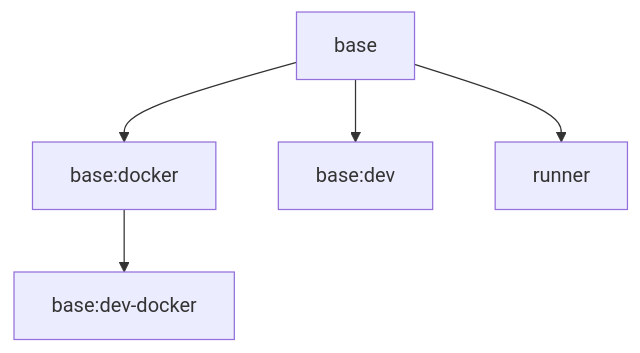
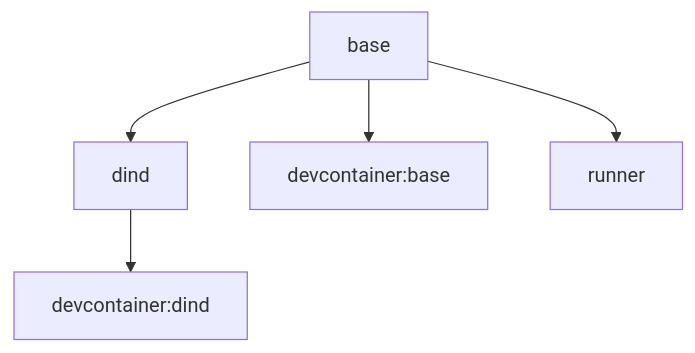
Before and after one commit to onezerocompany/devcontainers: the diagram in README.md, drawn with Mermaid. The commit also changed other lines of this file and 16 other files, not shown here.

````diff
--- a/README.md
+++ b/README.md
@@ -520,7 +520,7 @@
 ```mermaid
 graph TD
-    A[base] --> B[base:docker]
-    A --> C[base:dev]
-    B --> D[base:dev-docker]
+    A[base] --> B[dind]
+    A --> C[devcontainer:base]
+    B --> D[devcontainer:dind]
     A --> E[runner]
 ```
````
